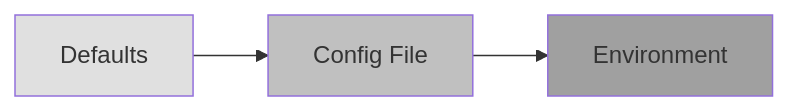
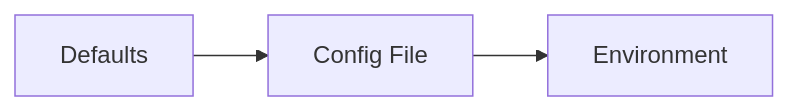
Before and after one commit to twistingmercury/mnemonic-docs: the first of 2 diagrams in docs/design/configuration.md, drawn with Mermaid. The commit also changed other lines of this file and 41 other files, not shown here.

````diff
--- a/docs/design/configuration.md
+++ b/docs/design/configuration.md
@@ -69,9 +71,5 @@
-```mermaid <!-- JKJ: remove the gradient -->
+```mermaid
 flowchart LR
     A[Defaults] --> B[Config File]
     B --> C[Environment]
-
-    style A fill:#e0e0e0
-    style B fill:#c0c0c0
-    style C fill:#a0a0a0
 ```
````
